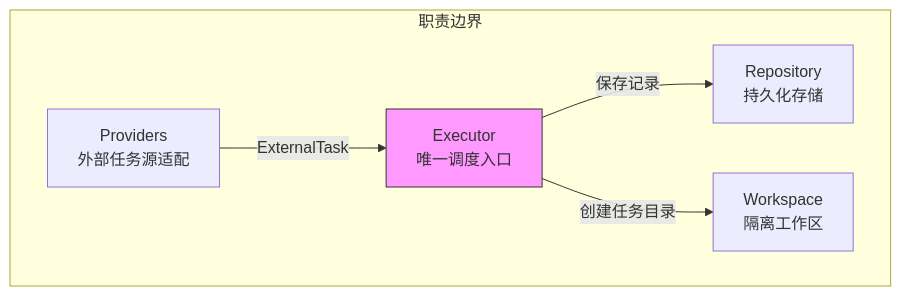
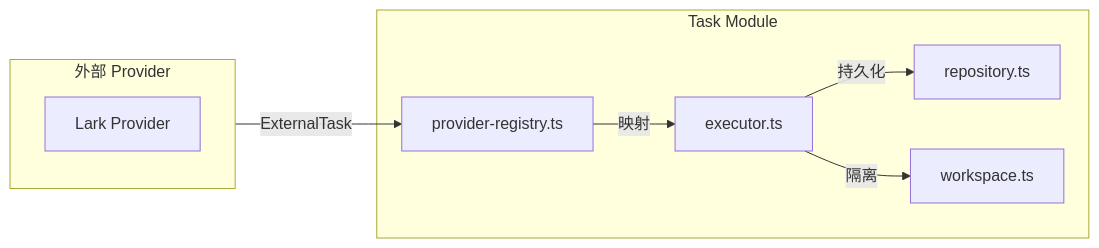
One commit to lst016/tech-cc-hub changed the third of 5 diagrams in .tech/repowiki/zh/content/核心模块规格/核心模块规格.md. Above: the diagram before and after it, drawn with Mermaid. The commit also changed other lines of this file and 176 other files, not shown here.

````diff
--- a/.tech/repowiki/zh/content/核心模块规格/核心模块规格.md
+++ b/.tech/repowiki/zh/content/核心模块规格/核心模块规格.md
@@ -247,15 +207,18 @@
 ```mermaid
-flowchart TB
-    subgraph 职责边界
-        P[Providers<br/>外部任务源适配]
-        R[Repository<br/>持久化存储]
-        E[Executor<br/>唯一调度入口]
-        W[Workspace<br/>隔离工作区]
+flowchart LR
+    subgraph External["外部 Provider"]
+        Lark[Lark Provider]
     end
-    
-    P -->|ExternalTask| E
-    E -->|保存记录| R
-    E -->|创建任务目录| W
-    
-    style E fill:#f9f,stroke:#333
+
+    subgraph TaskModule["Task Module"]
+        ProviderRegistry[provider-registry.ts]
+        Executor[executor.ts]
+        Repository[repository.ts]
+        Workspace[workspace.ts]
+    end
+
+    External -->|ExternalTask| ProviderRegistry
+    ProviderRegistry -->|映射| Executor
+    Executor -->|持久化| Repository
+    Executor -->|隔离| Workspace
 ```
````
